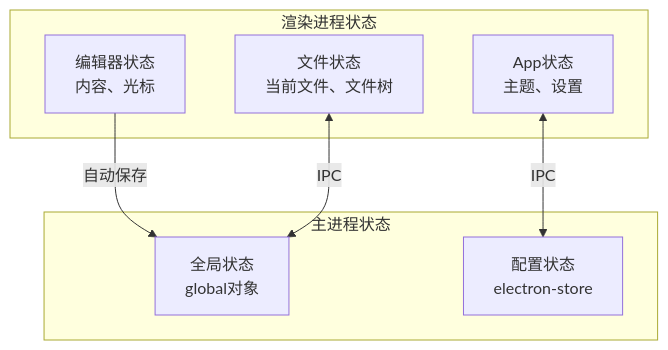
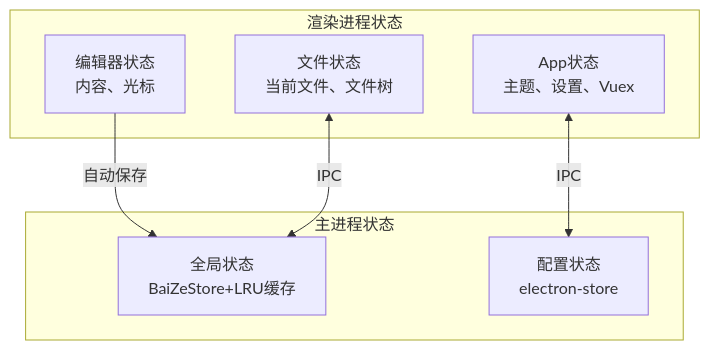
Before and after one commit to hemy08/BaiZeNotesByVue: diagram 34 of 34 in doc/架构文档.md, drawn with Mermaid. The commit also changed other lines of this file and 24 other files, not shown here.

````diff
--- a/doc/架构文档.md
+++ b/doc/架构文档.md
@@ -1234,17 +1234,17 @@
 ```mermaid
 graph TB
     subgraph 渲染进程状态
-        APP_STATE[App状态<br/>主题、设置]
+        APP_STATE[App状态<br/>主题、设置、Vuex]
         EDITOR_STATE[编辑器状态<br/>内容、光标]
         FILE_STATE[文件状态<br/>当前文件、文件树]
     end
     
     subgraph 主进程状态
-        GLOBAL_STATE[全局状态<br/>global对象]
+        GLOBAL_STATE[全局状态<br/>BaiZeStore+LRU缓存]
         CONFIG_STATE[配置状态<br/>electron-store]
     end
     
     APP_STATE <-->|IPC| CONFIG_STATE
     EDITOR_STATE -->|自动保存| GLOBAL_STATE
     FILE_STATE <-->|IPC| GLOBAL_STATE
 ```
````
